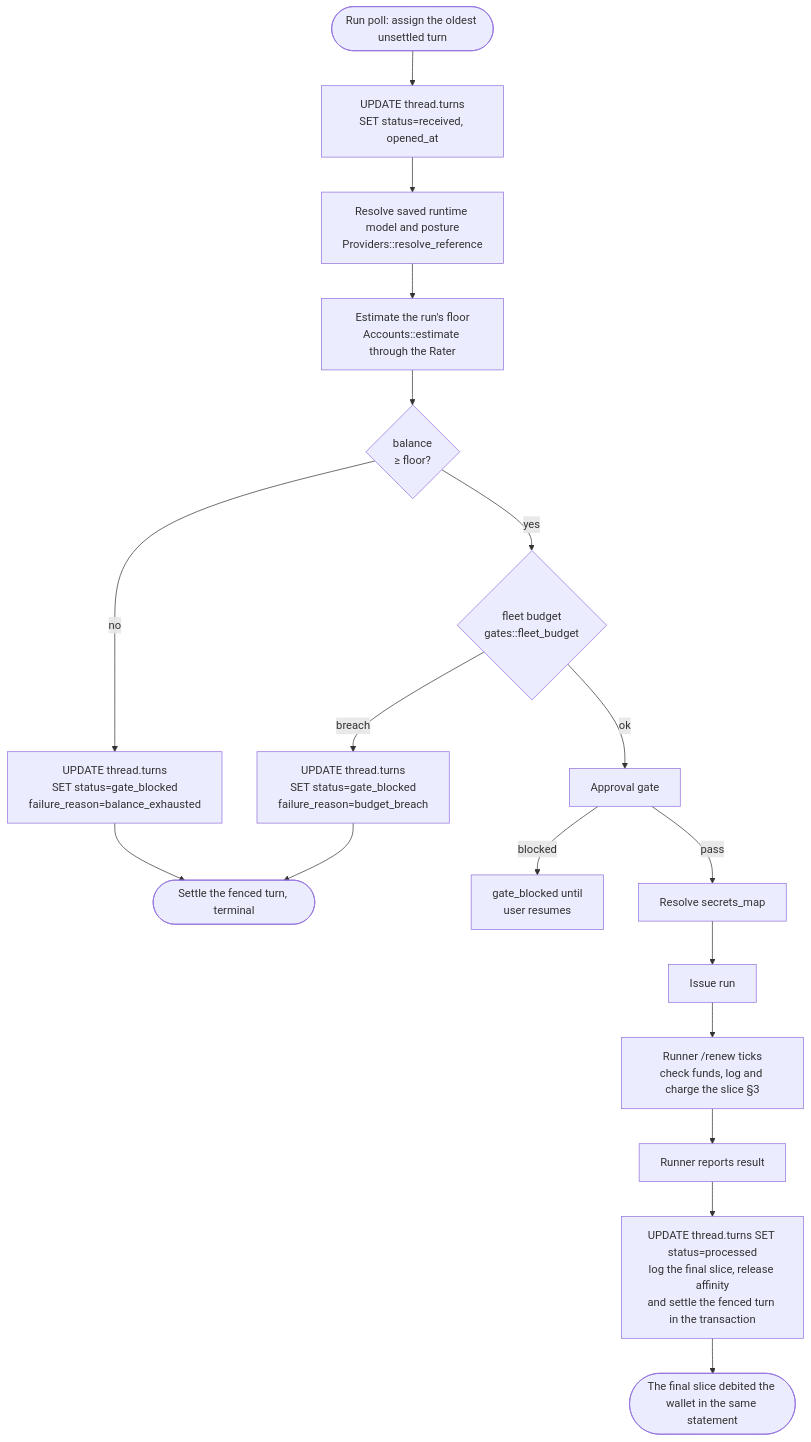
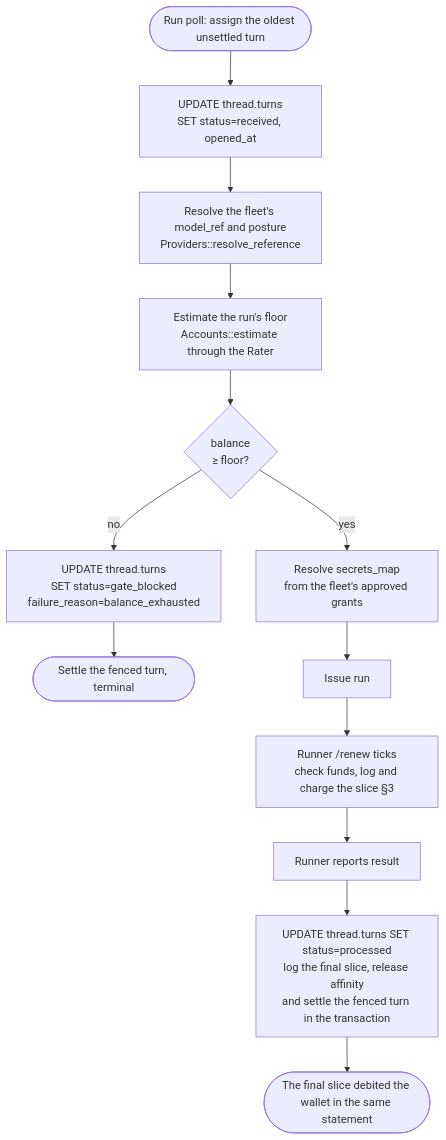
The diagram in docs/architecture/billing_and_provider_keys.md (agentsfleet/agentsfleet), drawn with Mermaid before and after one commit. The commit also changed other lines of this file and 39 other files, not shown here.

First line of the commit message:
docs(architecture): a fleet is a chat from its first message (M256_001)

````diff
--- a/docs/architecture/billing_and_provider_keys.md
+++ b/docs/architecture/billing_and_provider_keys.md
@@ -379,20 +345,15 @@
 ```mermaid
 flowchart TD
     A([Run poll: assign the oldest unsettled turn]) --> B[UPDATE thread.turns<br/>SET status=received, opened_at]
-    B --> C[Resolve saved runtime model and posture<br/>Providers::resolve_reference]
+    B --> C[Resolve the fleet's model_ref and posture<br/>Providers::resolve_reference]
     C --> D[Estimate the run's floor<br/>Accounts::estimate through the Rater]
     D --> E{balance<br/>≥ floor?}
     E -->|no| Block[UPDATE thread.turns<br/>SET status=gate_blocked<br/>failure_reason=balance_exhausted]
     Block --> X1([Settle the fenced turn, terminal])
-    E -->|yes| BG{fleet budget<br/>gates::fleet_budget}
-    BG -->|breach| BB[UPDATE thread.turns<br/>SET status=gate_blocked<br/>failure_reason=budget_breach]
-    BB --> X1
-    BG -->|ok| G[Approval gate]
-    G -->|blocked| Wait[gate_blocked until<br/>user resumes]
-    G -->|pass| H[Resolve secrets_map]
+    E -->|yes| H[Resolve secrets_map<br/>from the fleet's approved grants]
     H --> J[Issue run]
     J --> Renew[Runner /renew ticks<br/>check funds, log and charge the slice §3]
     Renew --> K[Runner reports result]
     K --> L[UPDATE thread.turns SET status=processed<br/>log the final slice, release affinity<br/>and settle the fenced turn in the transaction]
     L --> X2([The final slice debited the wallet in the same statement])
 ```
````
